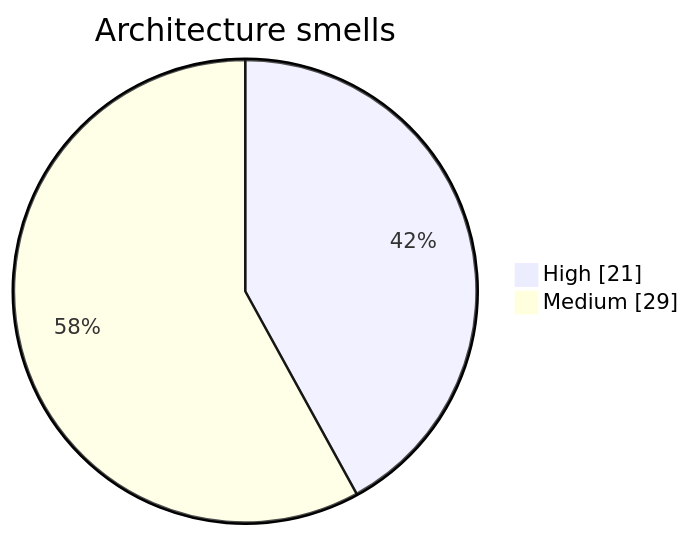
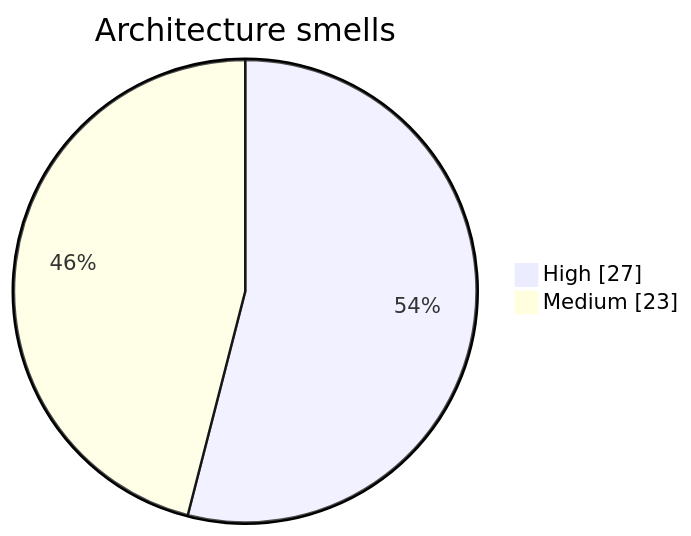
Before and after one commit to wolframs/jspace-probes: diagram 14 of 15 in .mentis/context/graphs.md, drawn with Mermaid. The commit also changed other lines of this file and 252 other files, not shown here.

````diff
--- a/.mentis/context/graphs.md
+++ b/.mentis/context/graphs.md
@@ -288,5 +288,5 @@
 ```mermaid
 pie showData title Architecture smells
-    "High" : 21
-    "Medium" : 29
+    "High" : 27
+    "Medium" : 23
 ```
````
